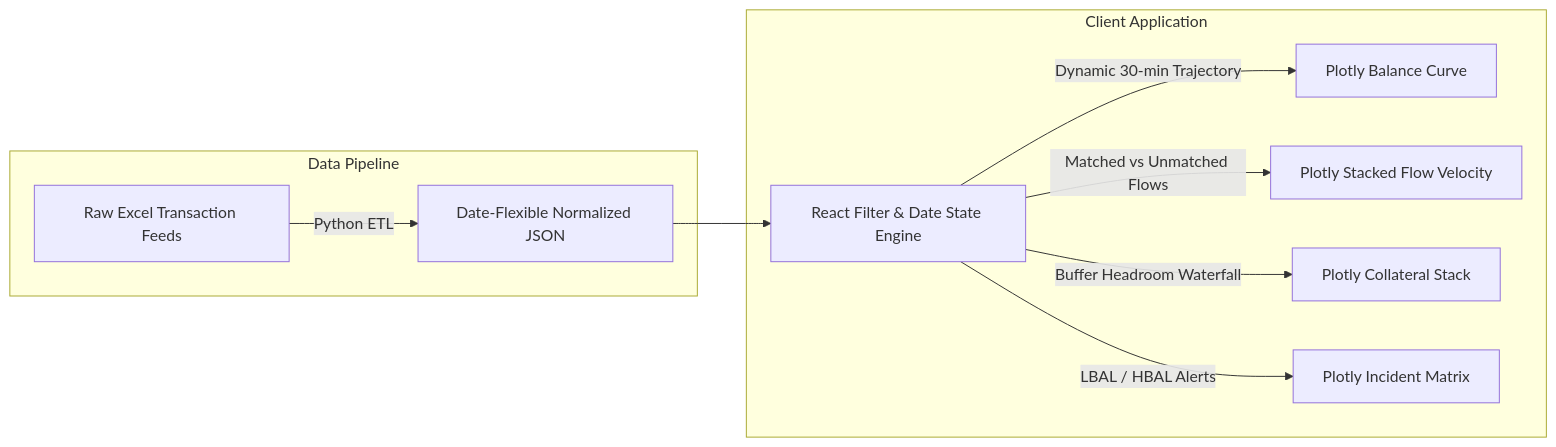
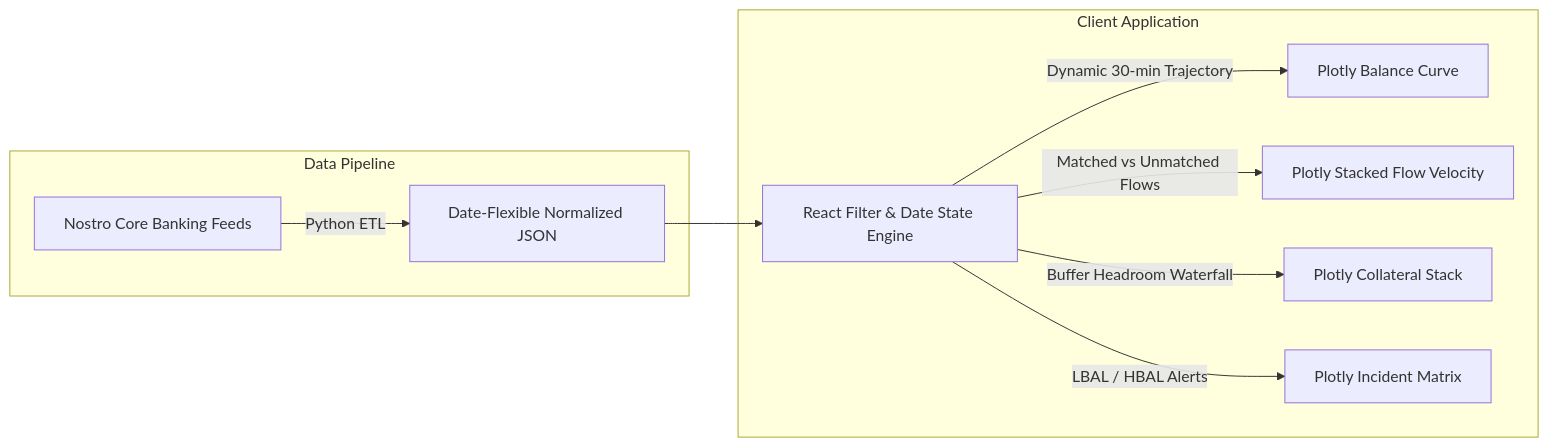
Before and after one commit to machinelearnz/RohitCuriosity: the diagram in src/content/portfolio/intraday-liquidity-analytics-plotly-concept.md, drawn with Mermaid. The commit also changed other lines of this file and 2 other files, not shown here.

Commit message:
refactor(zoho): remove embedded iframe and replace xlsx references with institutional data streams

````diff
--- a/src/content/portfolio/intraday-liquidity-analytics-plotly-concept.md
+++ b/src/content/portfolio/intraday-liquidity-analytics-plotly-concept.md
@@ -25,14 +25,14 @@
 ```mermaid
 graph LR
     subgraph Data Pipeline
-        Excel["Raw Excel Transaction Feeds"] -->|Python ETL| JSON["Date-Flexible Normalized JSON"]
+        Ingestion["Nostro Core Banking Feeds"] -->|Python ETL| JSON["Date-Flexible Normalized JSON"]
     end
     
     subgraph Client Application
         JSON --> State["React Filter & Date State Engine"]
         State -->|Dynamic 30-min Trajectory| Chart1["Plotly Balance Curve"]
         State -->|Matched vs Unmatched Flows| Chart2["Plotly Stacked Flow Velocity"]
         State -->|Buffer Headroom Waterfall| Chart3["Plotly Collateral Stack"]
         State -->|LBAL / HBAL Alerts| Chart4["Plotly Incident Matrix"]
     end
 ```
````
